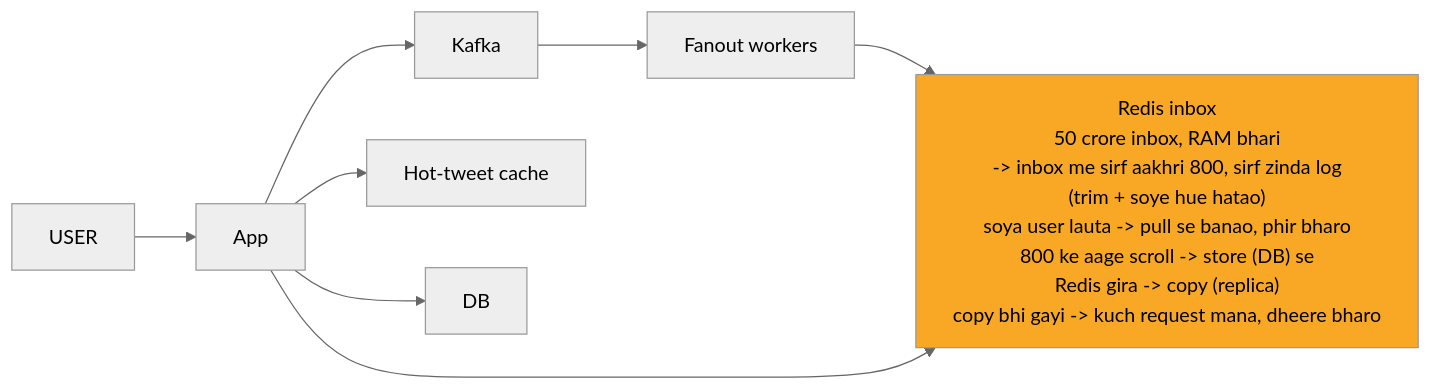
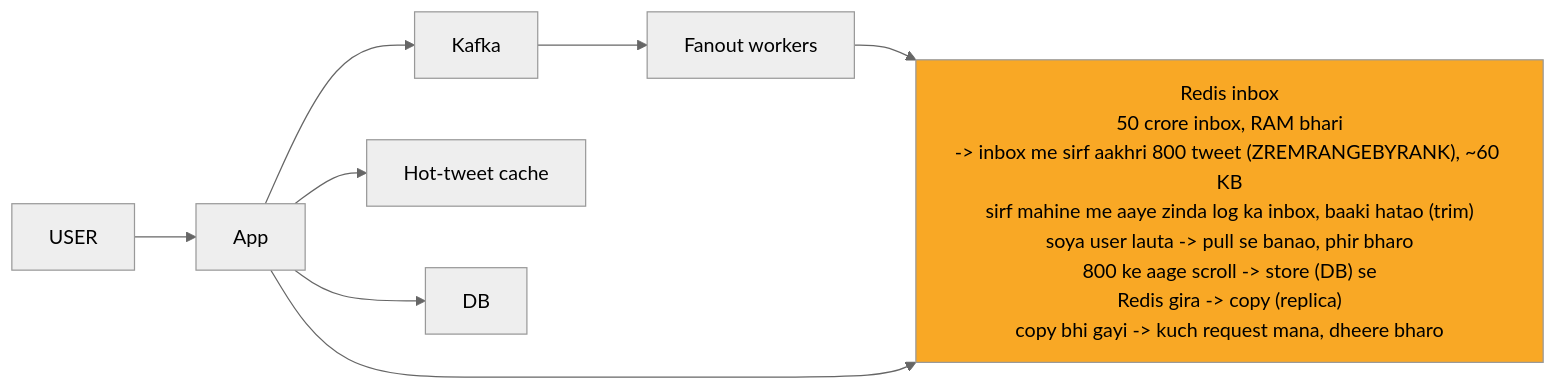
The sixth of 12 diagrams in 04_HLD/SYSTEM_DESIGNS/03_twitter_feed/03_twitter_feed.md (ArpanMaheshwari144/Prep), drawn with Mermaid (neutral theme) before and after one commit. The commit also changed other lines of this file and 13 other files, not shown here.

````diff
--- a/04_HLD/SYSTEM_DESIGNS/03_twitter_feed/03_twitter_feed.md
+++ b/04_HLD/SYSTEM_DESIGNS/03_twitter_feed/03_twitter_feed.md
@@ -263,19 +267,19 @@
 ```mermaid
 %%{init: {"flowchart": {"wrappingWidth": 450}}}%%
 flowchart LR
     n_USER["USER"]
     n_App["App"]
     n_Kafka["Kafka"]
     n_Fanout_workers["Fanout workers"]
-    n_Redis_inbox["Redis inbox<br/>50 crore inbox, RAM bhari<br/>-> inbox me sirf aakhri 800, sirf zinda log<br/>(trim + soye hue hatao)<br/>soya user lauta -> pull se banao, phir bharo<br/>800 ke aage scroll -> store (DB) se<br/>Redis gira -> copy (replica)<br/>copy bhi gayi -> kuch request mana, dheere bharo"]
+    n_Redis_inbox["Redis inbox<br/>50 crore inbox, RAM bhari<br/>-> inbox me sirf aakhri 800 tweet (ZREMRANGEBYRANK), ~60 KB<br/>sirf mahine me aaye zinda log ka inbox, baaki hatao (trim)<br/>soya user lauta -> pull se banao, phir bharo<br/>800 ke aage scroll -> store (DB) se<br/>Redis gira -> copy (replica)<br/>copy bhi gayi -> kuch request mana, dheere bharo"]
     n_Hot_tweet_cache["Hot-tweet cache"]
     n_DB["DB"]
     n_USER --> n_App
     n_App --> n_Kafka
     n_App --> n_Hot_tweet_cache
     n_App --> n_DB
     n_Kafka --> n_Fanout_workers
     n_Fanout_workers --> n_Redis_inbox
     n_App --> n_Redis_inbox
     style n_Redis_inbox fill:#f9a825,color:#000
 ```
````
